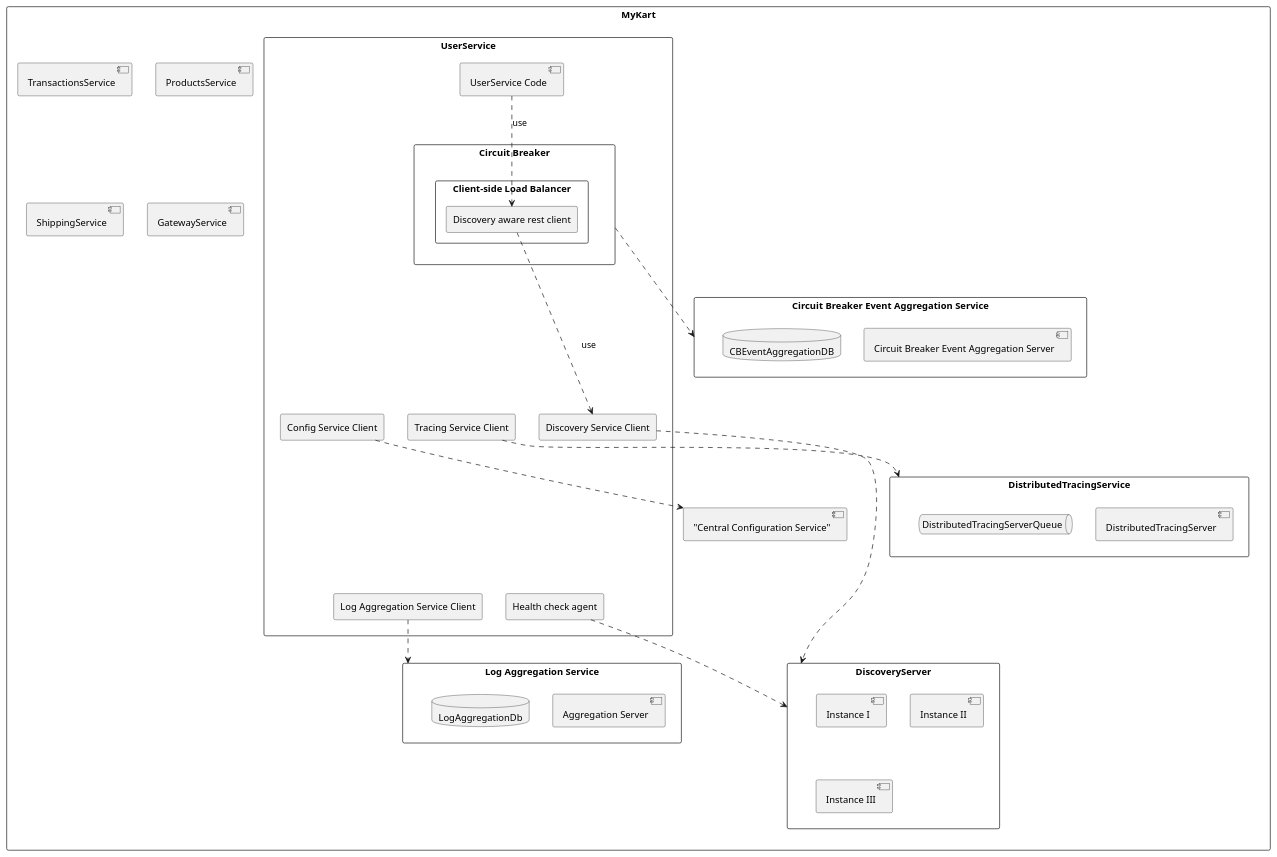
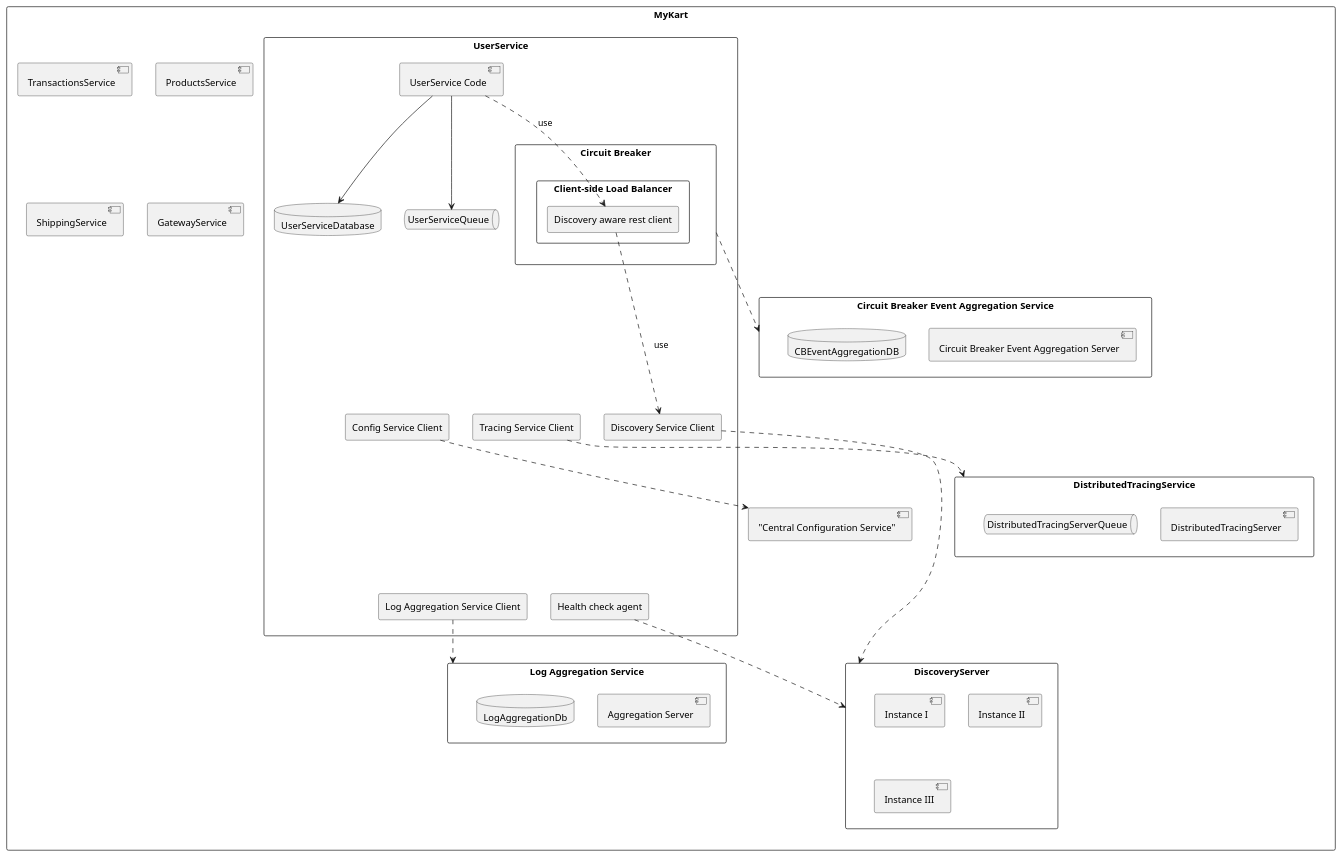
Before and after one commit to nikhilw/understanding_ms-exploding_a_monolith: the diagram in Diagrams/src/microservices.plantuml, drawn with PlantUML.

Commit message:
Updated the diagram

```diff
--- a/Diagrams/src/microservices.plantuml
+++ b/Diagrams/src/microservices.plantuml
@@ -1,95 +1,100 @@
 @startuml
 rectangle MyKart {
 'top to bottom direction
 'left to right direction
 
 [TransactionsService]
 [ProductsService]
 [ShippingService]
 
 'collections GatewayService
 [GatewayService]
 
 rectangle [DiscoveryServer] as ds {
     [Instance I]
     [Instance II]
     [Instance III]
 }
 
 rectangle "Log Aggregation Service" as las {
     'collections [Aggregation Server]
     [Aggregation Server]
     database LogAggregationDb
 
 }
 
 rectangle [UserService] {
     [UserService Code] as usc
+    database UserServiceDatabase as uscDb
+    queue UserServiceQueue as uscQ
+
 
     rectangle "Circuit Breaker" as cb {
 
         rectangle "Client-side Load Balancer" {
 
             rectangle "Discovery aware rest client" as darc {
             }
         }
 
     }
 
     together {
         rectangle "Config Service Client" as csc {
         }
 
         rectangle "Discovery Service Client" as dsc {
         }
 
         rectangle "Tracing Service Client" as tsc {
         }
     }
 
     together {
         rectangle "Log Aggregation Service Client" as lasc {
         }
 
         rectangle "Health check agent" as hca {
         }
     }
 
     usc ..> darc :use
     darc ..> dsc :use
     tsc .[hidden]..> hca
     darc .[hidden]..> tsc
     darc .[hidden]..> csc
 }
 
 
 'collections "Central Configuration Service" as ccs
 ["Central Configuration Service"] as ccs
 
 rectangle [DistributedTracingService]  as dts {
 '    collections [DistributedTracingServer]
     [DistributedTracingServer]
 
     queue DistributedTracingServerQueue
 }
 
 rectangle "Circuit Breaker Event Aggregation Service"  as cbeas {
 '    collections [Circuit Breaker Event Aggregation Server]
     [Circuit Breaker Event Aggregation Server]
     database CBEventAggregationDB
 }
 
 dsc ..> ds
 csc ..> ccs
 lasc ..> las
 tsc ..> dts
 hca ..> ds
 cb ..> cbeas
+usc --> uscDb
+usc --> uscQ
 
 'collections DiscoveryServer
 'collections ProductsService
 'collections UserService
 'collections TransactionsService
 'collections ShippingService
 
 @enduml
```
